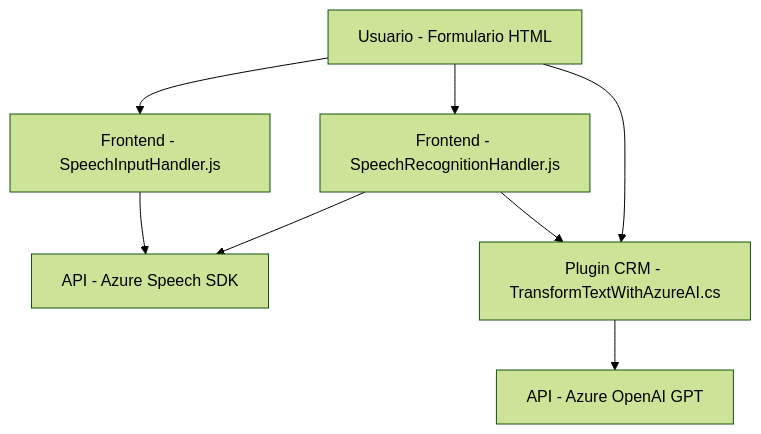
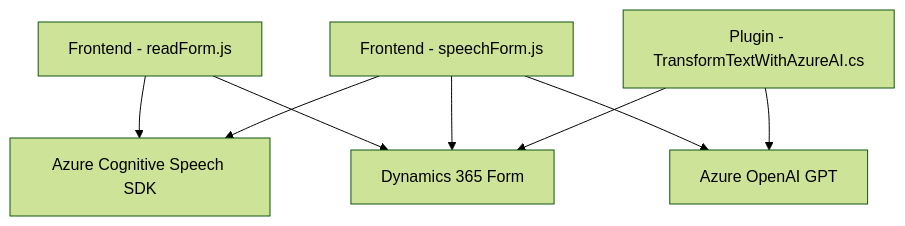
The diagram in README.md (blopezdm/NETCORE_BILBAO2025), drawn with Mermaid (forest theme) before and after one commit. The commit also changed other lines of this file, not shown here.

````diff
--- a/README.md
+++ b/README.md
@@ -50,24 +38,17 @@
 ```mermaid
 graph TD
-    A["Usuario - Formulario HTML"]
-    B["Frontend - SpeechInputHandler.js"]
-    C["Frontend - SpeechRecognitionHandler.js"]
-    D["API - Azure Speech SDK"]
-    E["Plugin CRM - TransformTextWithAzureAI.cs"]
-    F["API - Azure OpenAI GPT"]
-
-    %% Conexiones del usuario al sistema
-    A --> B
-    A --> C
-
-    %% Interacciones entre el frontend y servicios externos
-    B --> D
-    C --> D
-
-    %% Backend (plugin) y OpenAI Service
-    E --> F
-    C --> E
-
-    %% Interacción adicional entre formularios y plugin
-    A --> E
+  A["Frontend - readForm.js"]
+  B["Frontend - speechForm.js"]
+  C["Plugin - TransformTextWithAzureAI.cs"]
+  D["Dynamics 365 Form"]
+  E["Azure Cognitive Speech SDK"]
+  F["Azure OpenAI GPT"]
+  
+  A --> E
+  B --> E
+  B --> F
+  C --> F
+  A --> D
+  B --> D
+  C --> D
 ```
````
